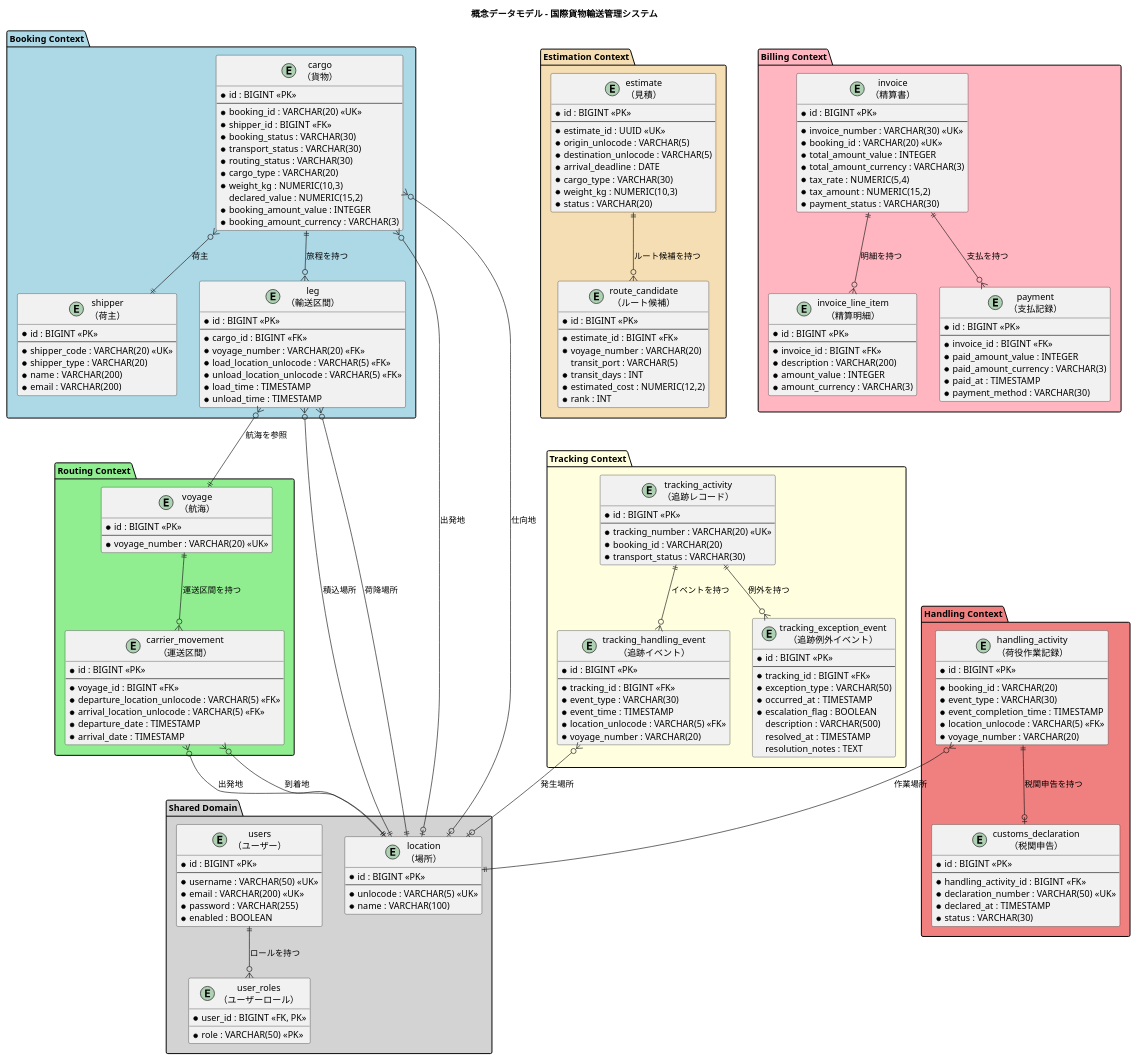
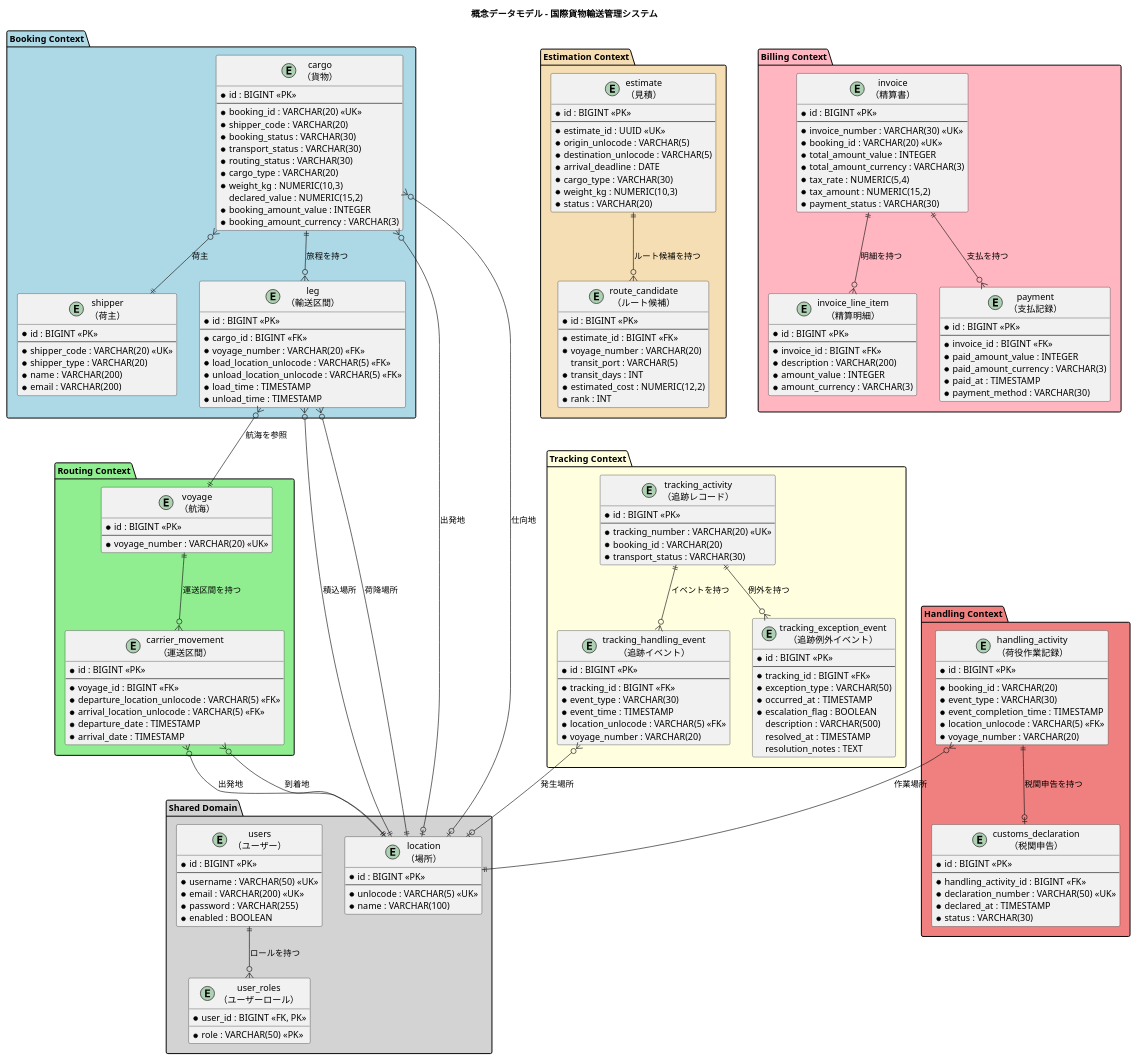
Before and after one commit to k2works/case-study-cargo-tracker: the first of 9 diagrams in docs/design/data-model.md, drawn with PlantUML. The commit also changed other lines of this file and 3 other files, not shown here.

First line of the commit message:
docs(design): T1 上流設計を実装に是正（ShipperCode・特殊貨物・US13）

```diff
--- a/docs/design/data-model.md
+++ b/docs/design/data-model.md
@@ -75,7 +75,7 @@
     * id : BIGINT <<PK>>
     --
     * booking_id : VARCHAR(20) <<UK>>
-    * shipper_id : BIGINT <<FK>>
+    * shipper_code : VARCHAR(20)
     * booking_status : VARCHAR(30)
     * transport_status : VARCHAR(30)
     * routing_status : VARCHAR(30)
```
